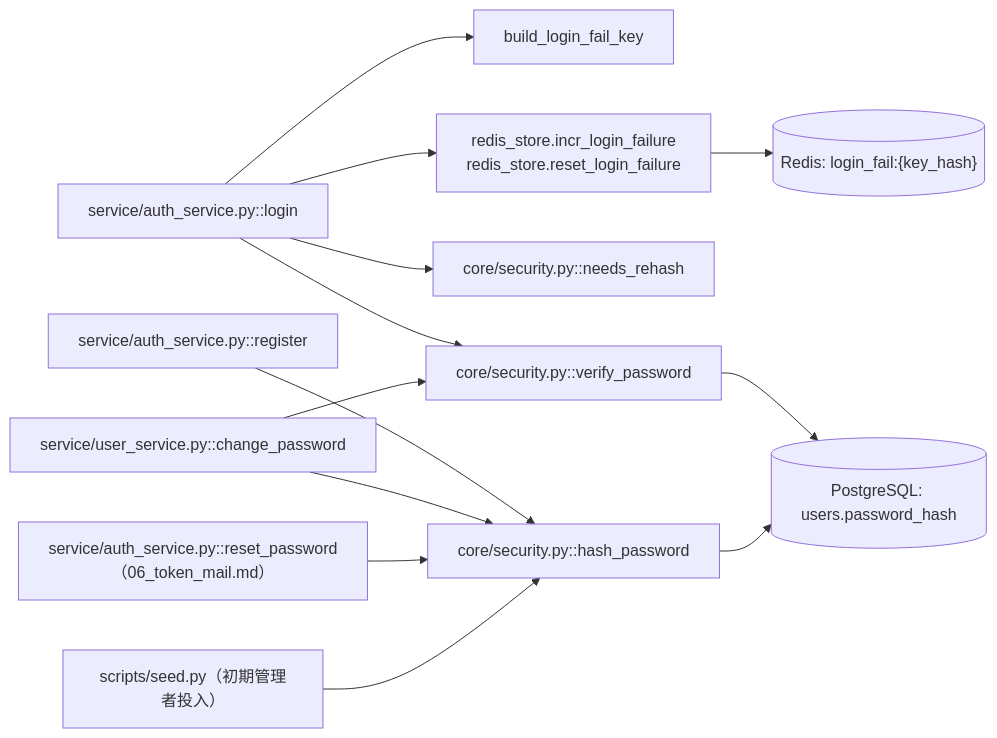
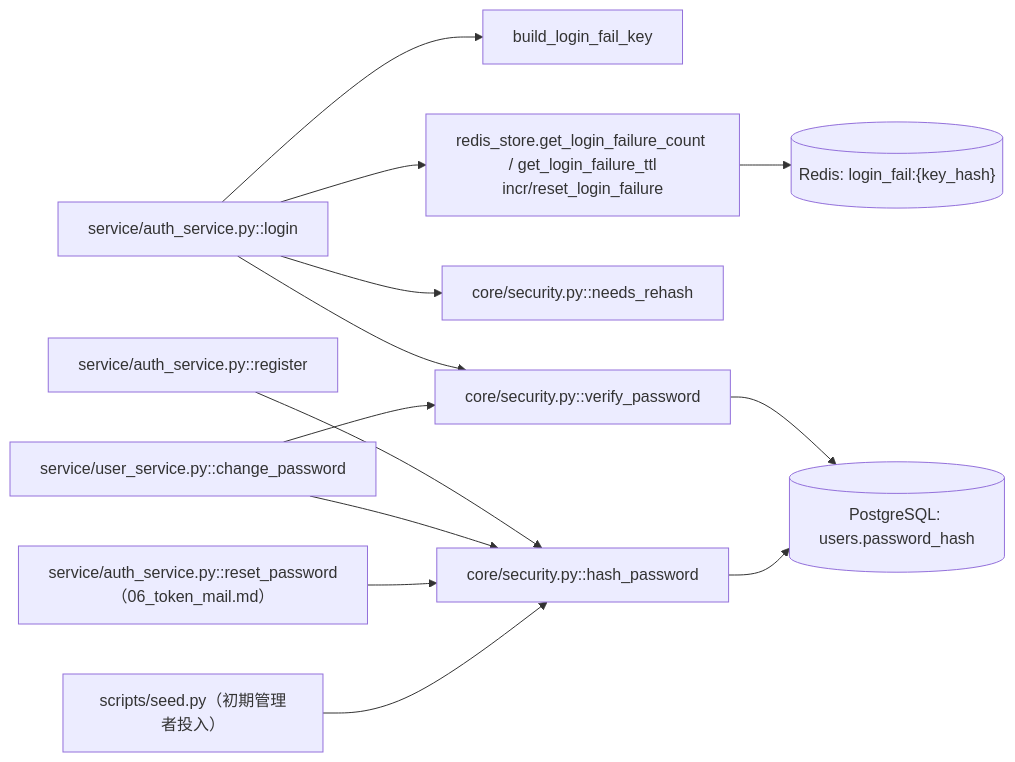
The fifth of 5 diagrams in docs/detailed_design/auth/07_password_security.md (oikawa-d/task_management), drawn with Mermaid before and after one commit. The commit also changed other lines of this file and 3 other files, not shown here.

````diff
--- a/docs/detailed_design/auth/07_password_security.md
+++ b/docs/detailed_design/auth/07_password_security.md
@@ -221,17 +224,17 @@
 ```mermaid
 flowchart LR
     LOGINSVC["service/auth_service.py::login"] --> BUILDKEY["build_login_fail_key"]
     LOGINSVC --> SEC1["core/security.py::verify_password"]
     LOGINSVC --> SEC2["core/security.py::needs_rehash"]
-    LOGINSVC --> RS1["redis_store.incr_login_failure<br/>redis_store.reset_login_failure"]
+    LOGINSVC --> RS1["redis_store.get_login_failure_count / get_login_failure_ttl<br/>incr/reset_login_failure"]
 
     REGSVC["service/auth_service.py::register"] --> SEC3["core/security.py::hash_password"]
     PWCHANGESVC["service/user_service.py::change_password"] --> SEC1
     PWCHANGESVC --> SEC3
     RESETPWSVC["service/auth_service.py::reset_password<br/>（06_token_mail.md）"] --> SEC3
     SEEDSCRIPT["scripts/seed.py（初期管理者投入）"] --> SEC3
 
     RS1 --> RD[("Redis: login_fail:{key_hash}")]
     SEC1 --> USERSTBL[("PostgreSQL: users.password_hash")]
     SEC3 --> USERSTBL
 ```
````
